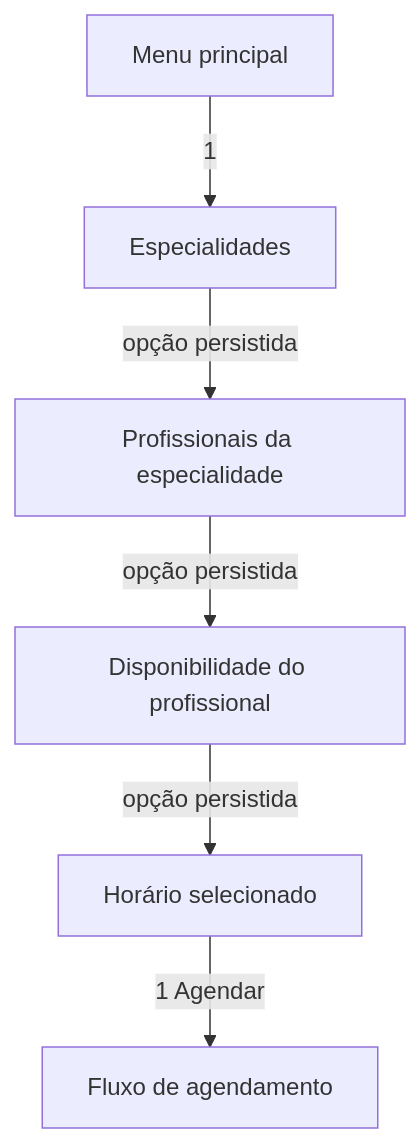
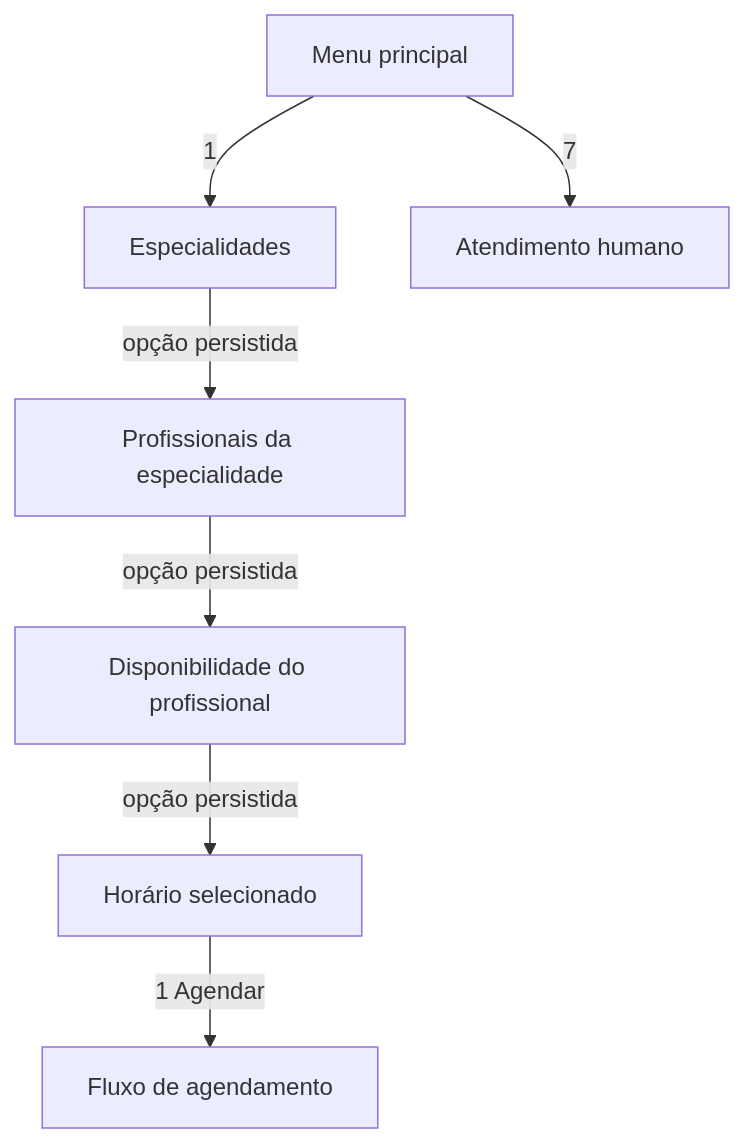
Before and after one commit to felipeeduardo/clinicassistant: the second of 2 diagrams in docs/conversations/overview.md, drawn with Mermaid. The commit also changed other lines of this file and 6 other files, not shown here.

````diff
--- a/docs/conversations/overview.md
+++ b/docs/conversations/overview.md
@@ -30,8 +30,9 @@
 ```mermaid
 flowchart TD
   M[Menu principal] -->|1| S[Especialidades]
   S -->|opção persistida| P[Profissionais da especialidade]
   P -->|opção persistida| D[Disponibilidade do profissional]
   D -->|opção persistida| H[Horário selecionado]
   H -->|1 Agendar| A[Fluxo de agendamento]
+  M -->|7| R[Atendimento humano]
 ```
````
